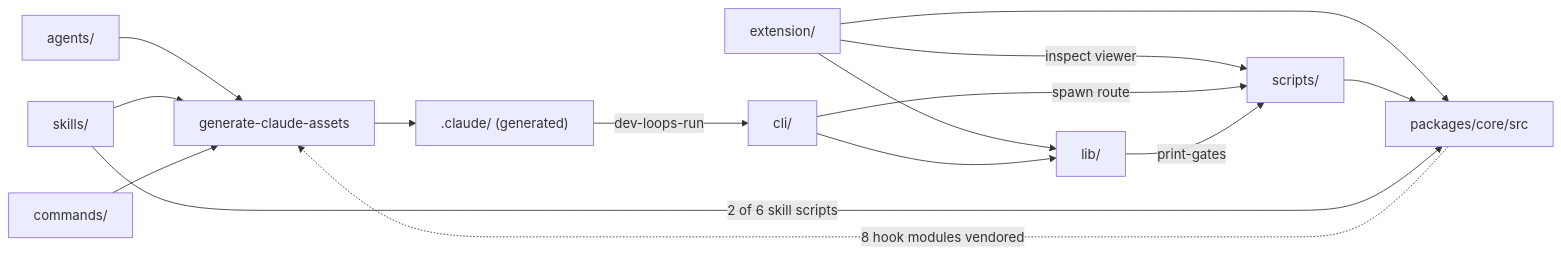
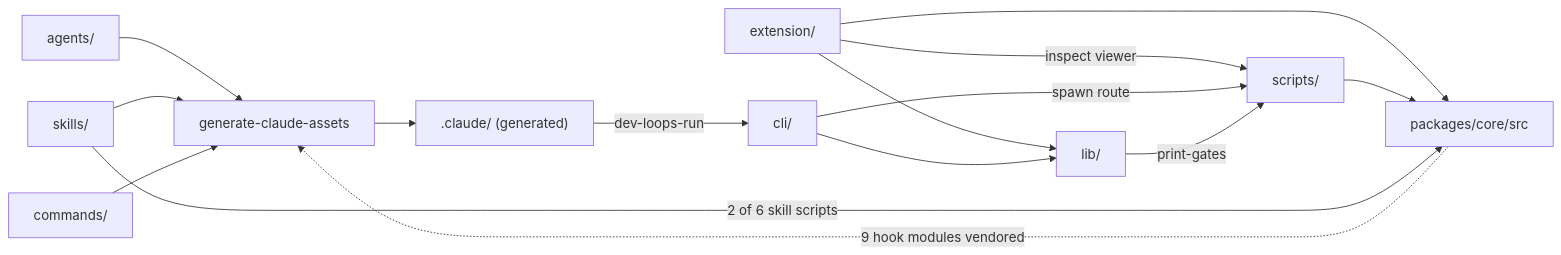
The fourth of 14 diagrams in docs/atlas/01-system-context.md (mfittko/dev-loops), drawn with Mermaid before and after one commit. The commit also changed other lines of this file, not shown here.

````diff
--- a/docs/atlas/01-system-context.md
+++ b/docs/atlas/01-system-context.md
@@ -112,27 +112,27 @@
 ```mermaid
 flowchart LR
   agentsDir["agents/"]
   skillsDir["skills/"]
   cmdDir["commands/"]
   gen["generate-claude-assets"]
   claudeDir[".claude/ (generated)"]
   ext["extension/"]
   lib["lib/"]
   cli["cli/"]
   scripts["scripts/"]
   core["packages/core/src"]
   agentsDir --> gen
   skillsDir --> gen
   cmdDir --> gen
-  core -. "8 hook modules vendored" .-> gen
+  core -. "9 hook modules vendored" .-> gen
   gen --> claudeDir
   claudeDir -->|"dev-loops-run"| cli
   ext --> lib
   ext --> core
   ext -->|"inspect viewer"| scripts
   cli --> lib
   cli -->|"spawn route"| scripts
   lib -->|"print-gates"| scripts
   scripts --> core
   skillsDir -->|"2 of 6 skill scripts"| core
 ```
````
